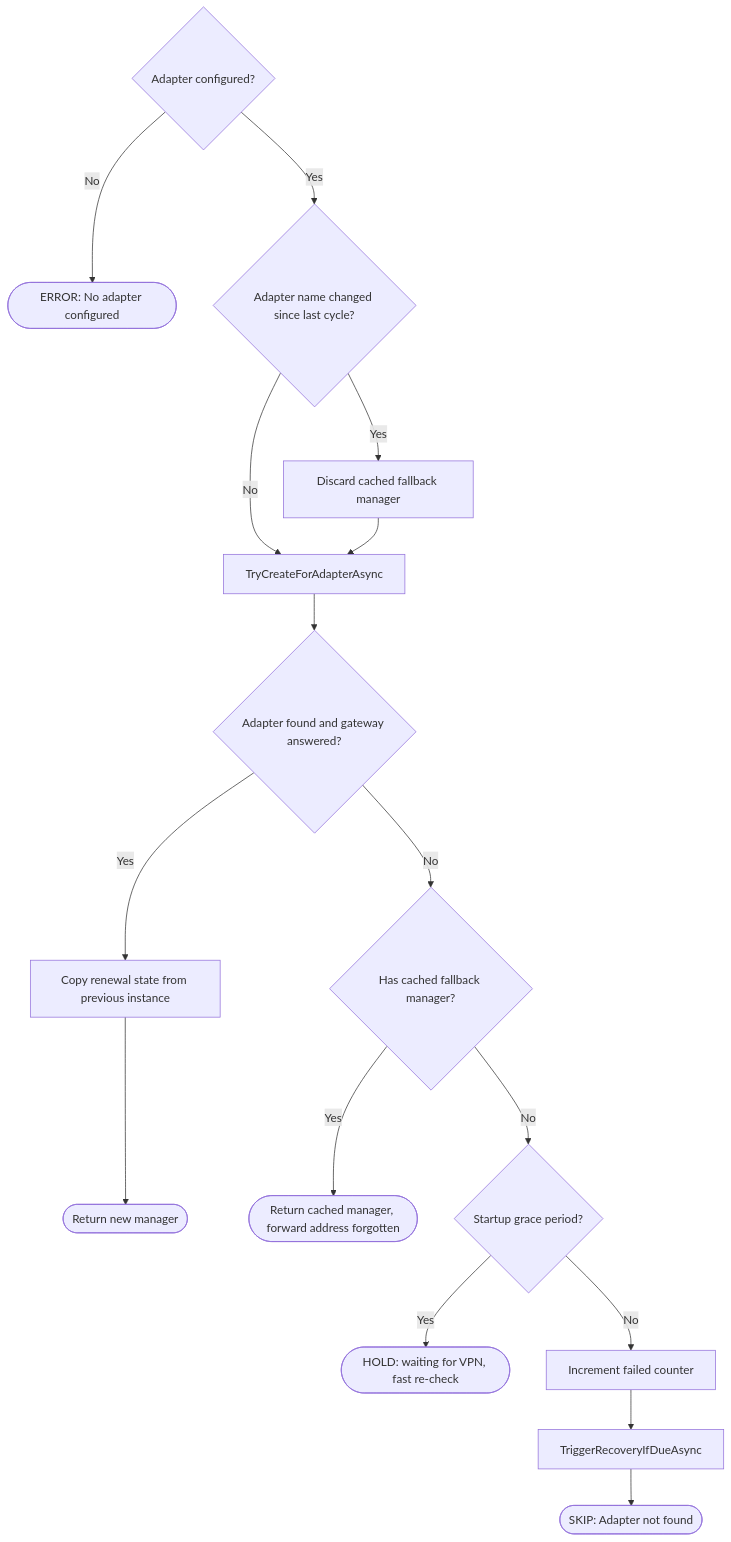
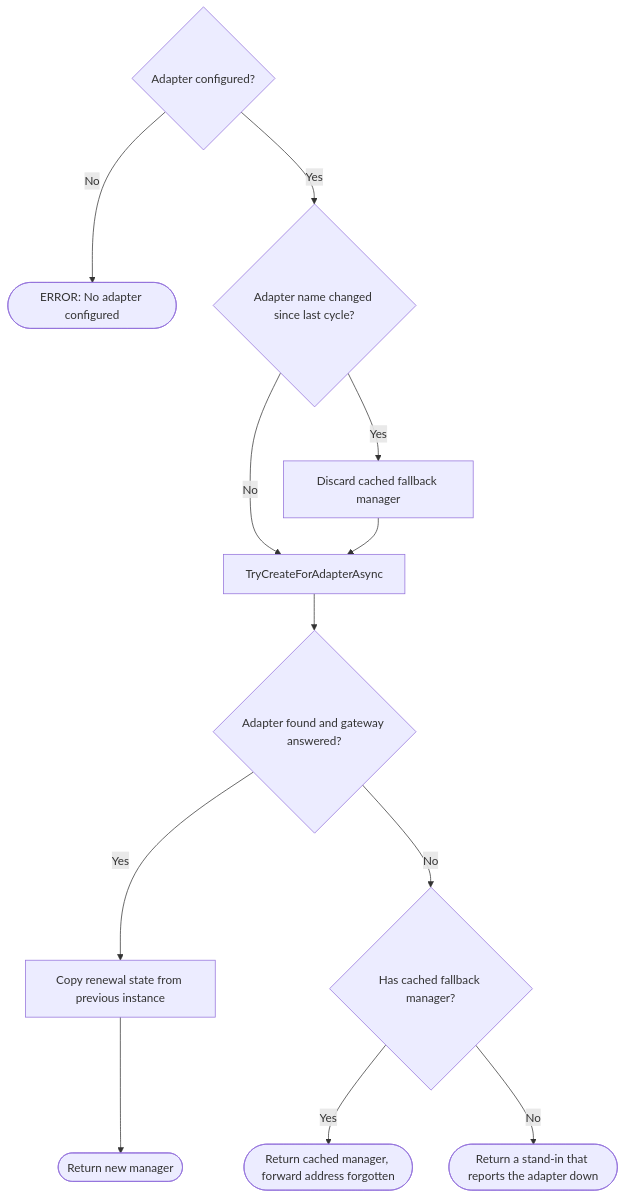
Before and after one commit to martsg666/qbPortWeaver: the second of 2 diagrams in docs/SYNC-CYCLE.md, drawn with Mermaid. The commit also changed other lines of this file and 2 other files, not shown here.

Commit message:
Final review: a NAT-PMP adapter not seen since start goes through the normal disconnected handling, so the default port applies

````diff
--- a/docs/SYNC-CYCLE.md
+++ b/docs/SYNC-CYCLE.md
@@ -106,18 +106,14 @@
 ```mermaid
 flowchart TD
     A{Adapter configured?} -- No --> ERR([ERROR: No adapter configured])
     A -- Yes --> B{Adapter name changed since last cycle?}
     B -- Yes --> DISCARD[Discard cached fallback manager]
     B -- No --> C
     DISCARD --> C[TryCreateForAdapterAsync]
     C --> D{Adapter found and gateway answered?}
     D -- Yes --> COPY[Copy renewal state from previous instance]
     COPY --> RETURN([Return new manager])
     D -- No --> E{Has cached fallback manager?}
     E -- Yes --> FALLBACK([Return cached manager, forward address forgotten])
-    E -- No --> GRACE{Startup grace period?}
-    GRACE -- Yes --> HOLD([HOLD: waiting for VPN, fast re-check])
-    GRACE -- No --> F[Increment failed counter]
-    F --> G[TriggerRecoveryIfDueAsync]
-    G --> SKIP_STATUS([SKIP: Adapter not found])
+    E -- No --> STANDIN([Return a stand-in that reports the adapter down])
 ```
````
